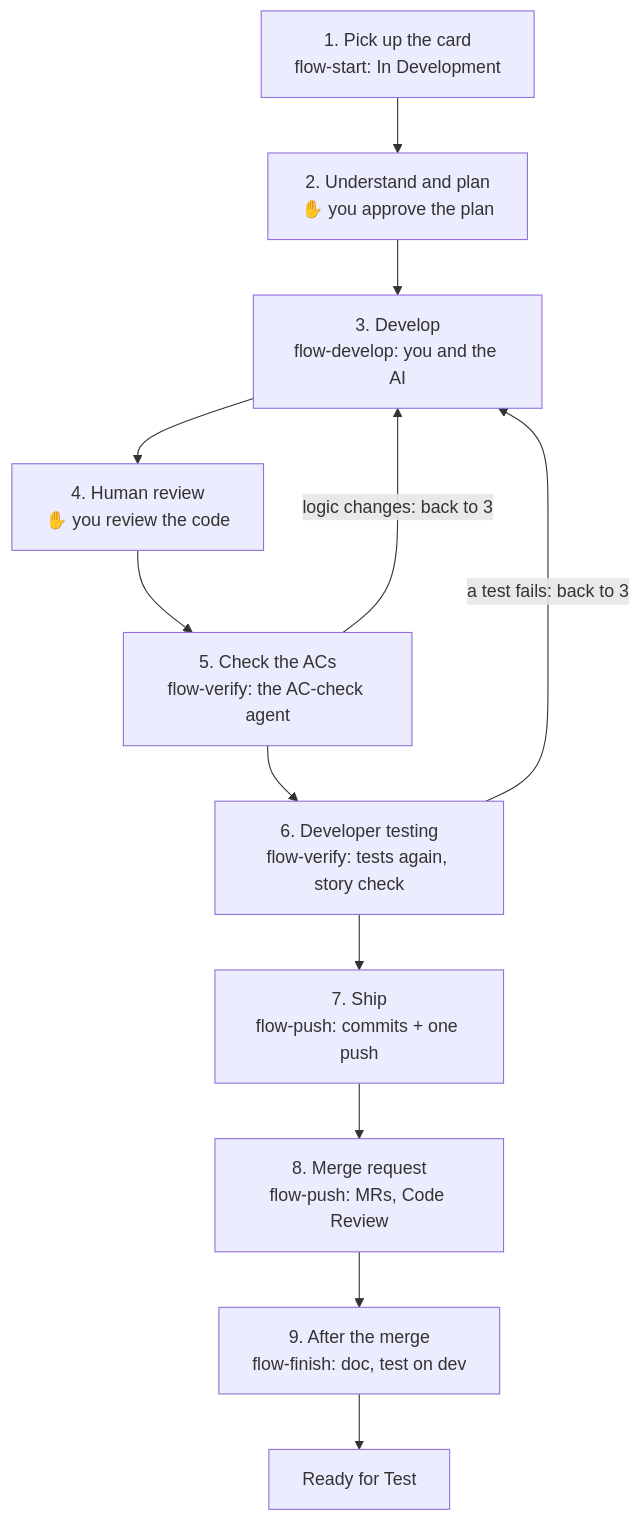
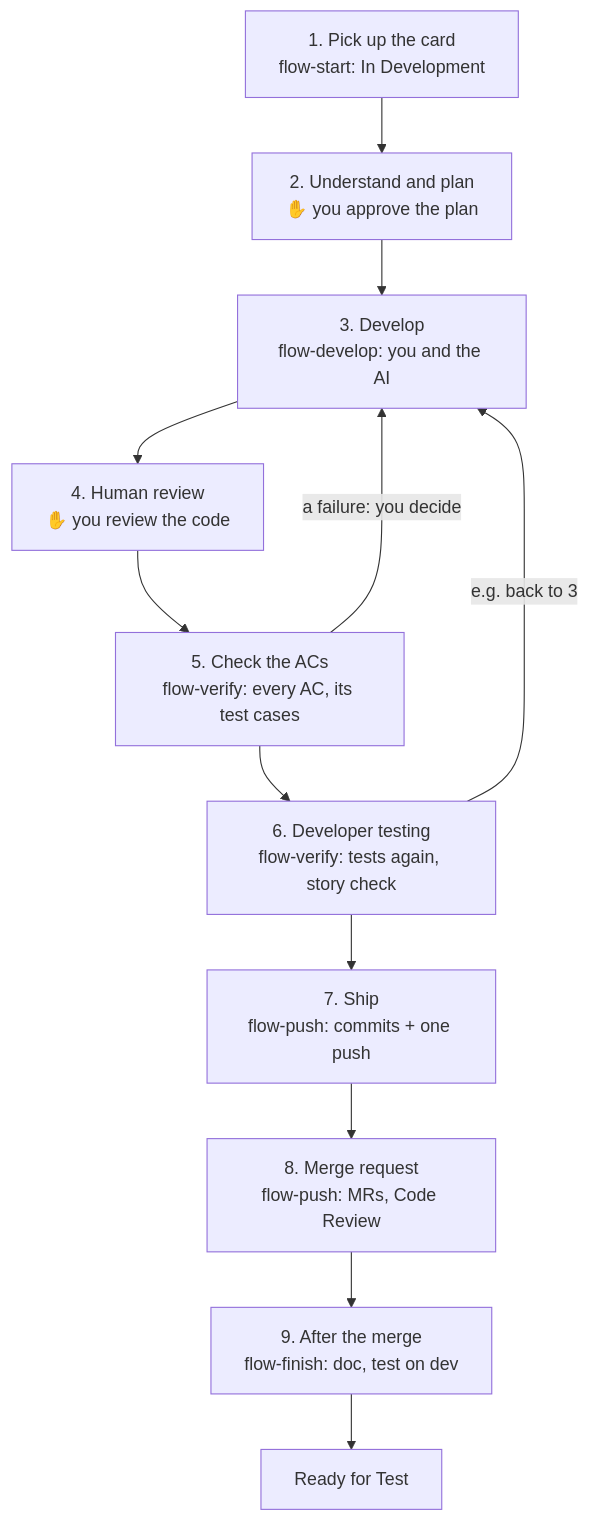
Before and after one commit to manas-shurutech-04/closio_agent: the fourth of 5 diagrams in docs/user-guide.md, drawn with Mermaid. The commit also changed other lines of this file and 8 other files, not shown here.

Commit message:
Docs: flow-verify, flow-ac-check, flow-help, D67 to D69, user guide and changelog

````diff
--- a/docs/user-guide.md
+++ b/docs/user-guide.md
@@ -208,8 +209,8 @@
 ```mermaid
 flowchart TB
     p1["1. Pick up the card<br/>flow-start: In Development"] --> p2["2. Understand and plan<br/>✋ you approve the plan"] --> p3["3. Develop<br/>flow-develop: you and the AI"]
-    p3 --> p4["4. Human review<br/>✋ you review the code"] --> p5["5. Check the ACs<br/>flow-verify: the AC-check agent"] --> p6["6. Developer testing<br/>flow-verify: tests again, story check"]
-    p5 -- "logic changes: back to 3" --> p3
-    p6 -- "a test fails: back to 3" --> p3
+    p3 --> p4["4. Human review<br/>✋ you review the code"] --> p5["5. Check the ACs<br/>flow-verify: every AC, its test cases"] --> p6["6. Developer testing<br/>flow-verify: tests again, story check"]
+    p5 -- "a failure: you decide" --> p3
+    p6 -- "e.g. back to 3" --> p3
     p6 --> p7["7. Ship<br/>flow-push: commits + one push"] --> p8["8. Merge request<br/>flow-push: MRs, Code Review"] --> p9["9. After the merge<br/>flow-finish: doc, test on dev"] --> r["Ready for Test"]
 ```
````
